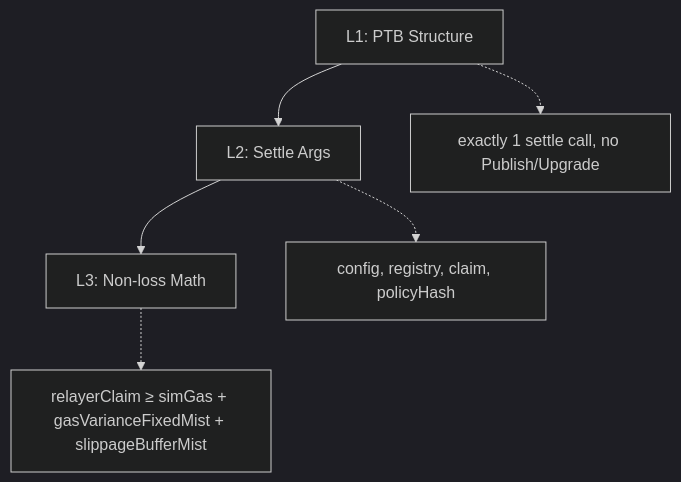
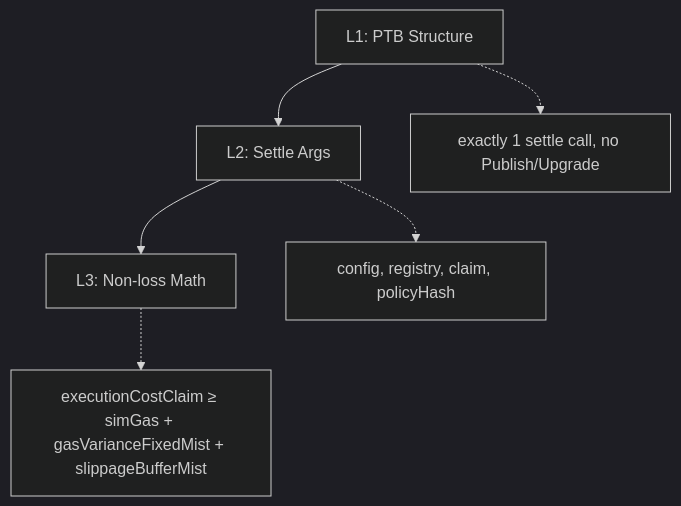
One commit to stelis-dev/stelis-dev.github.io changed the diagram in packages/core-relay/README.md. Above: the diagram before and after it, drawn with Mermaid (dark theme). The commit also changed other lines of this file and 141 other files, not shown here.

````diff
--- a/packages/core-relay/README.md
+++ b/packages/core-relay/README.md
@@ -24,8 +24,8 @@
 ```mermaid
 flowchart TB
     L1[L1: PTB Structure] --> L2[L2: Settle Args]
     L2 --> L3[L3: Non-loss Math]
     L1 -.-> L1d[exactly 1 settle call, no Publish/Upgrade]
     L2 -.-> L2d[config, registry, claim, policyHash]
-    L3 -.-> L3d["relayerClaim ≥ simGas + gasVarianceFixedMist + slippageBufferMist"]
+    L3 -.-> L3d["executionCostClaim ≥ simGas + gasVarianceFixedMist + slippageBufferMist"]
 ```
````
